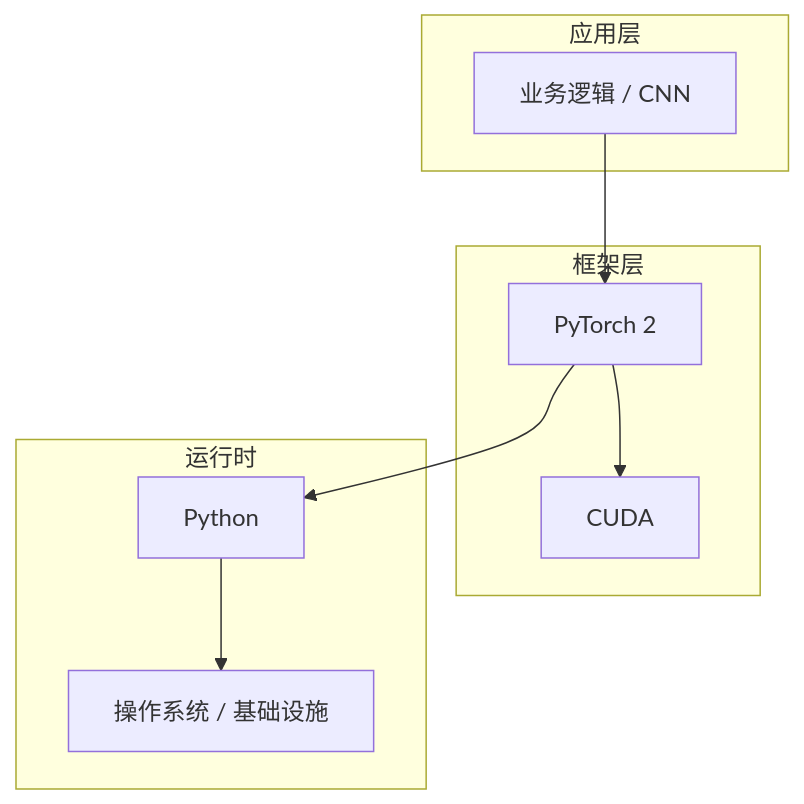
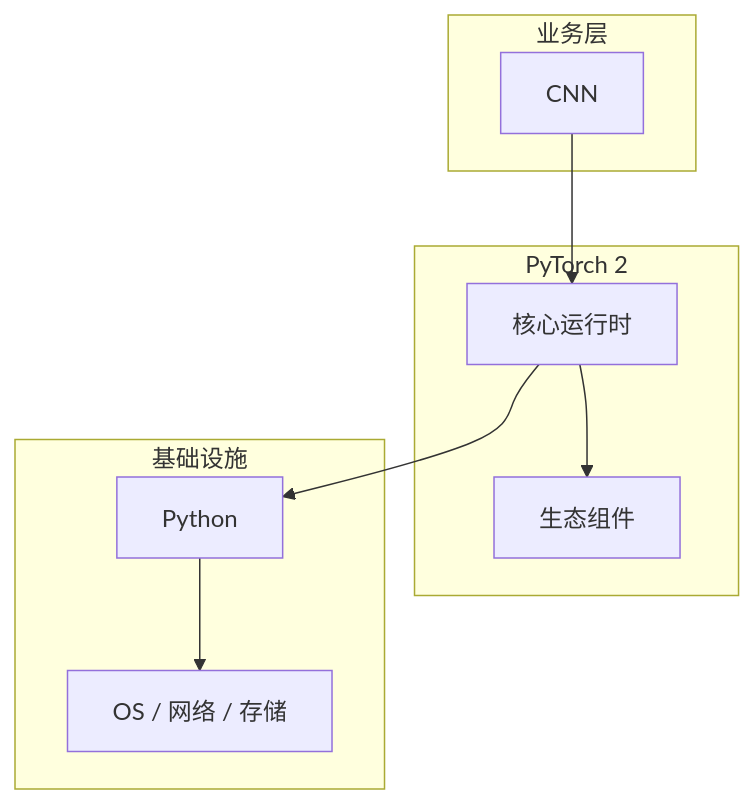
One commit to yanggan2015/knowledge-json-v2 changed the diagram in articles/深度学习/chapters/037-CNN核心概念与原理.md. Above: the diagram before and after it, drawn with Mermaid. The commit also changed other lines of this file and 10127 other files, not shown here.

````diff
--- a/articles/深度学习/chapters/037-CNN核心概念与原理.md
+++ b/articles/深度学习/chapters/037-CNN核心概念与原理.md
@@ -45,18 +30,18 @@
 ```mermaid
 graph TB
-    subgraph 应用层
-        A[业务逻辑 / CNN]
+    subgraph 业务层
+        A[CNN]
     end
-    subgraph 框架层
-        B[PyTorch 2]
-        C[CUDA]
+    subgraph PyTorch 2
+        B[核心运行时]
+        C[生态组件]
     end
-    subgraph 运行时
+    subgraph 基础设施
         D[Python]
-        E[操作系统 / 基础设施]
+        E[OS / 网络 / 存储]
     end
     A --> B
     B --> C
     B --> D
     D --> E
 ```
````
